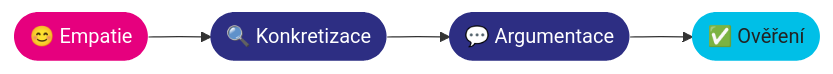
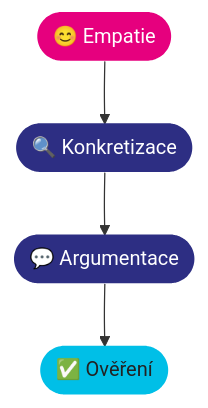
The diagram in slides/06-otazky.md (srameko/presentation-skills-cybersecurity), drawn with Mermaid before and after one commit.

Commit message:
Change EKAO diagram to top-down layout

````diff
--- a/slides/06-otazky.md
+++ b/slides/06-otazky.md
@@ -12,8 +12,8 @@
 ```mermaid
-graph LR
+graph TD
     A([😊 Empatie]) --> B([🔍 Konkretizace]) --> C([💬 Argumentace]) --> D([✅ Ověření])
     style A fill:#E6007E,stroke:none,color:#fff
     style B fill:#2D2E83,stroke:none,color:#fff
     style C fill:#2D2E83,stroke:none,color:#fff
     style D fill:#00BFE7,stroke:none,color:#222
 ```
````
